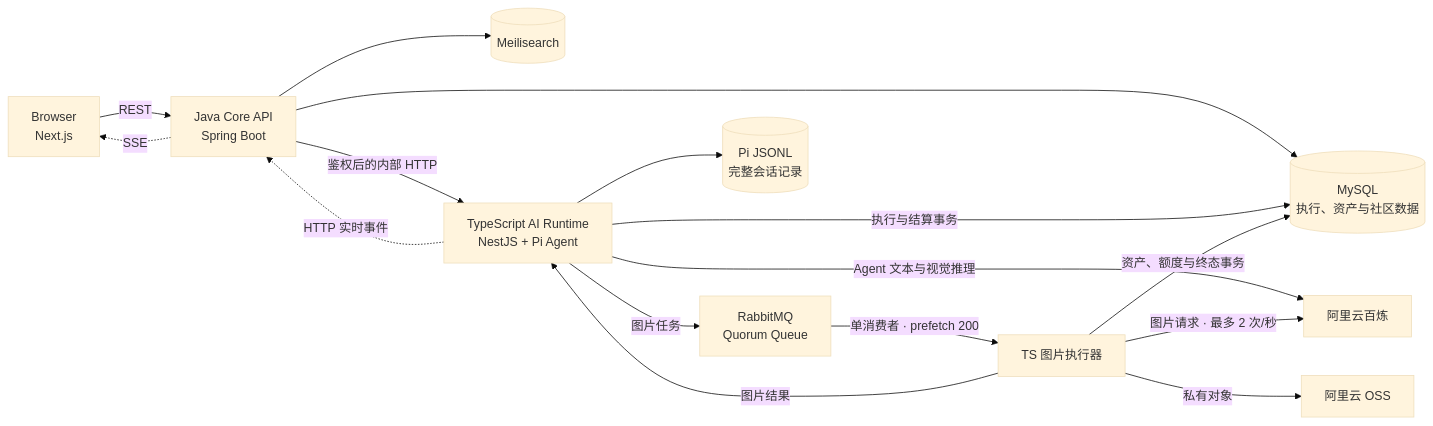
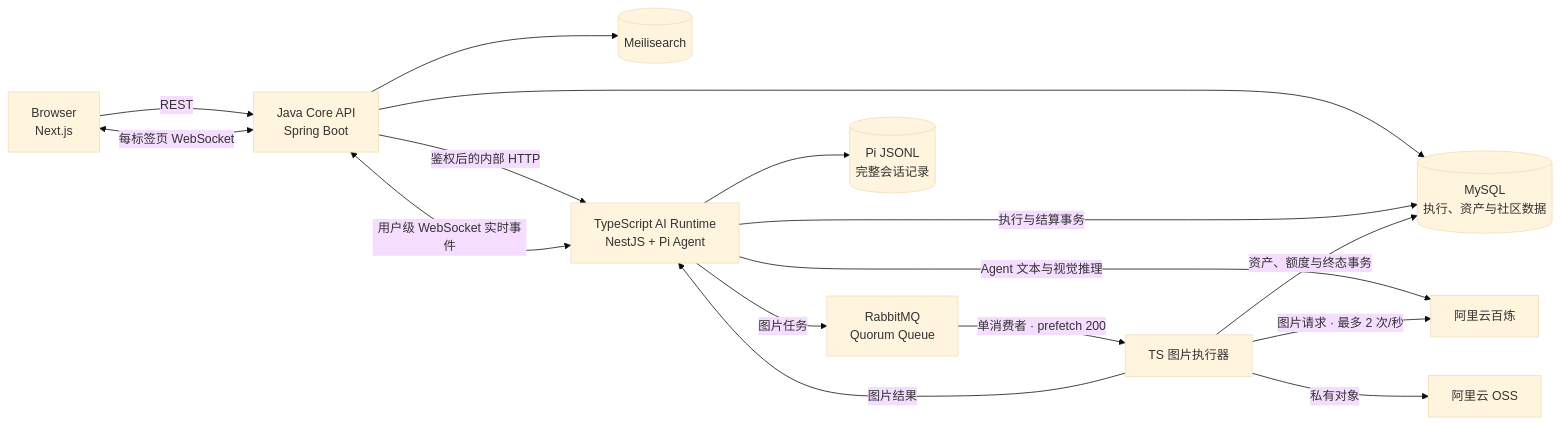
One commit to superzheng777/AiVista changed the diagram in README.md. Above: the diagram before and after it, drawn with Mermaid (base theme). The commit also changed other lines of this file and 90 other files, not shown here.

First line of the commit message:
refactor: 统一实时通信为 WebSocket，精简 Agent 事件链路

````diff
--- a/README.md
+++ b/README.md
@@ -94,18 +94,18 @@
 ```mermaid
 flowchart LR
     browser["Browser<br/>Next.js"] -->|"REST"| core["Java Core API<br/>Spring Boot"]
     core --> business[("MySQL<br/>执行、资产与社区数据")]
     core --> search[("Meilisearch")]
     core -->|"鉴权后的内部 HTTP"| runtime["TypeScript AI Runtime<br/>NestJS + Pi Agent"]
     runtime -->|"图片任务"| rabbit["RabbitMQ<br/>Quorum Queue"]
     rabbit -->|"单消费者 · prefetch 200"| images["TS 图片执行器"]
     images -->|"图片结果"| runtime
     runtime -->|"执行与结算事务"| business
     runtime --> sessions[("Pi JSONL<br/>完整会话记录")]
     runtime -->|"Agent 文本与视觉推理"| bailian["阿里云百炼"]
     images -->|"图片请求 · 最多 2 次/秒"| bailian
     images -->|"资产、额度与终态事务"| business
     images -->|"私有对象"| oss["阿里云 OSS"]
-    runtime -. "HTTP 实时事件" .-> core
-    core -. "SSE" .-> browser
+    runtime <-->|"用户级 WebSocket 实时事件"| core
+    core <-->|"每标签页 WebSocket"| browser
 ```
````
